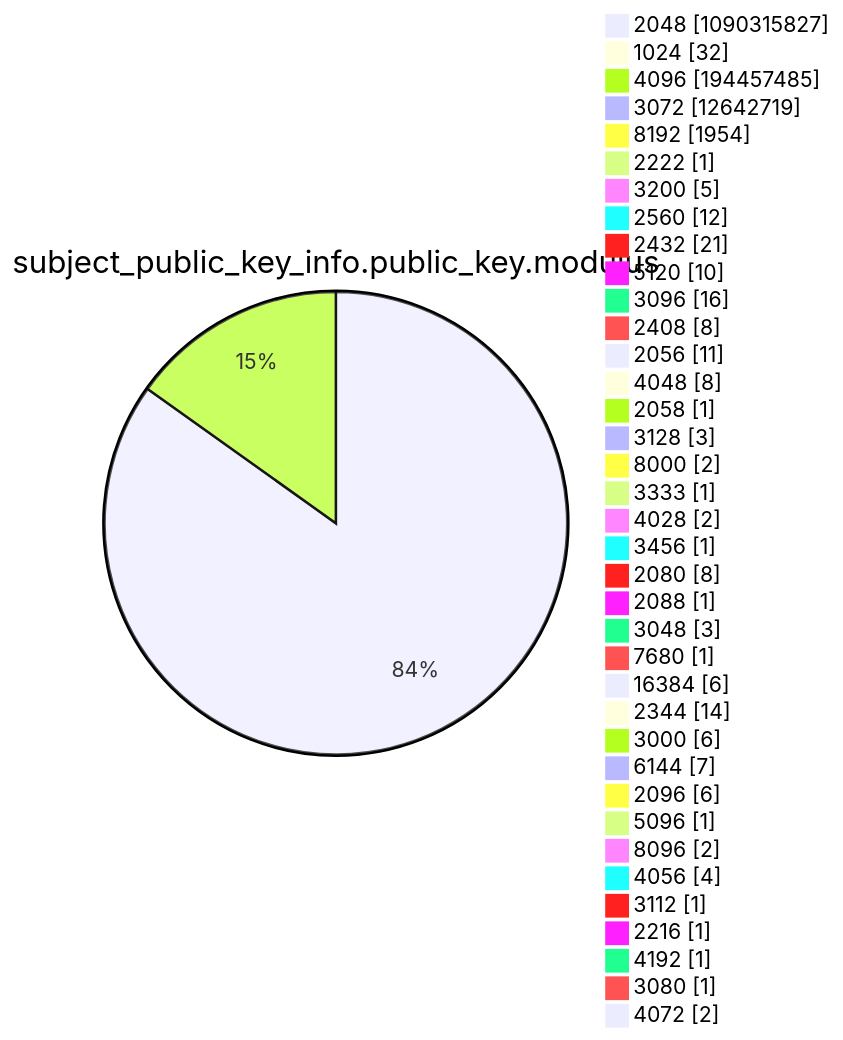
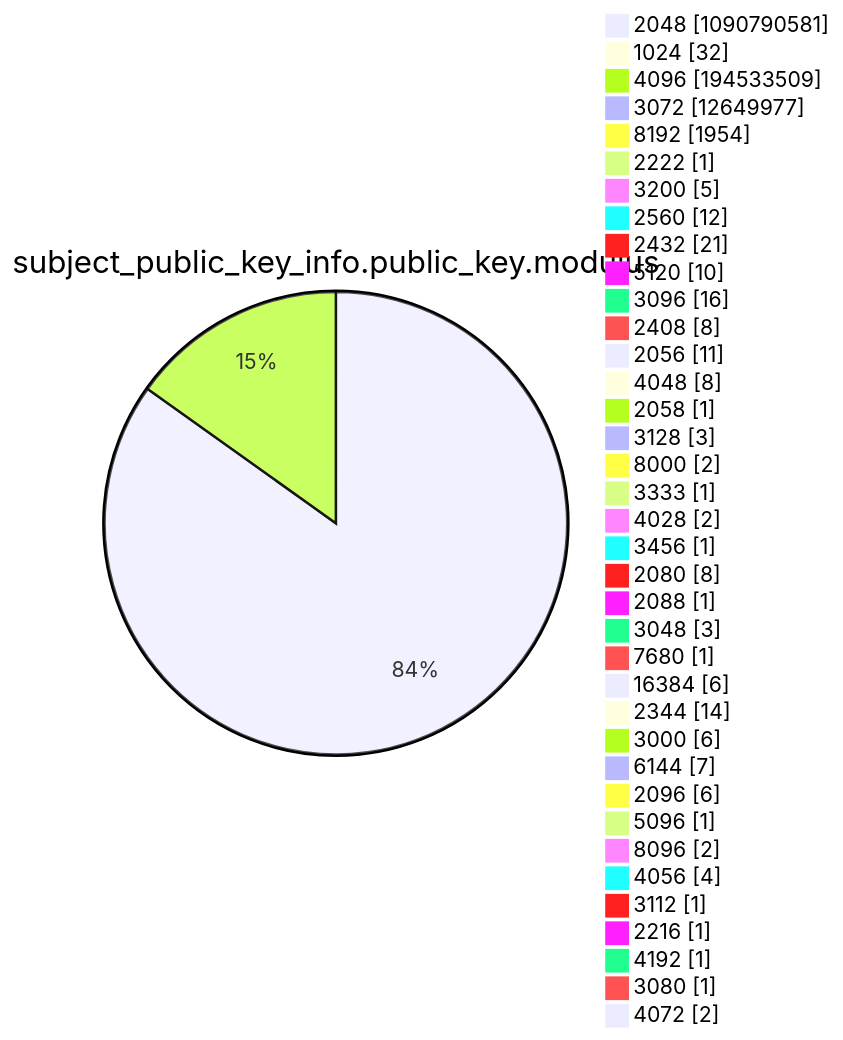
Diagram 13 of 15 in argon2022/README.md (christiankrug/ctmonitor_visualization), drawn with Mermaid before and after one commit. The commit also changed other lines of this file, not shown here.

````diff
--- a/argon2022/README.md
+++ b/argon2022/README.md
@@ -3589,41 +3589,41 @@
 ```mermaid
 pie showData
 title subject_public_key_info.public_key.modulus
-"2048" :1090315827
+"2048" :1090790581
 "1024" :32
-"4096" :194457485
-"3072" :12642719
+"4096" :194533509
+"3072" :12649977
 "8192" :1954
 "2222" :1
 "3200" :5
 "2560" :12
 "2432" :21
 "5120" :10
 "3096" :16
 "2408" :8
 "2056" :11
 "4048" :8
 "2058" :1
 "3128" :3
 "8000" :2
 "3333" :1
 "4028" :2
 "3456" :1
 "2080" :8
 "2088" :1
 "3048" :3
 "7680" :1
 "16384" :6
 "2344" :14
 "3000" :6
 "6144" :7
 "2096" :6
 "5096" :1
 "8096" :2
 "4056" :4
 "3112" :1
 "2216" :1
 "4192" :1
 "3080" :1
 "4072" :2
 ```
````
